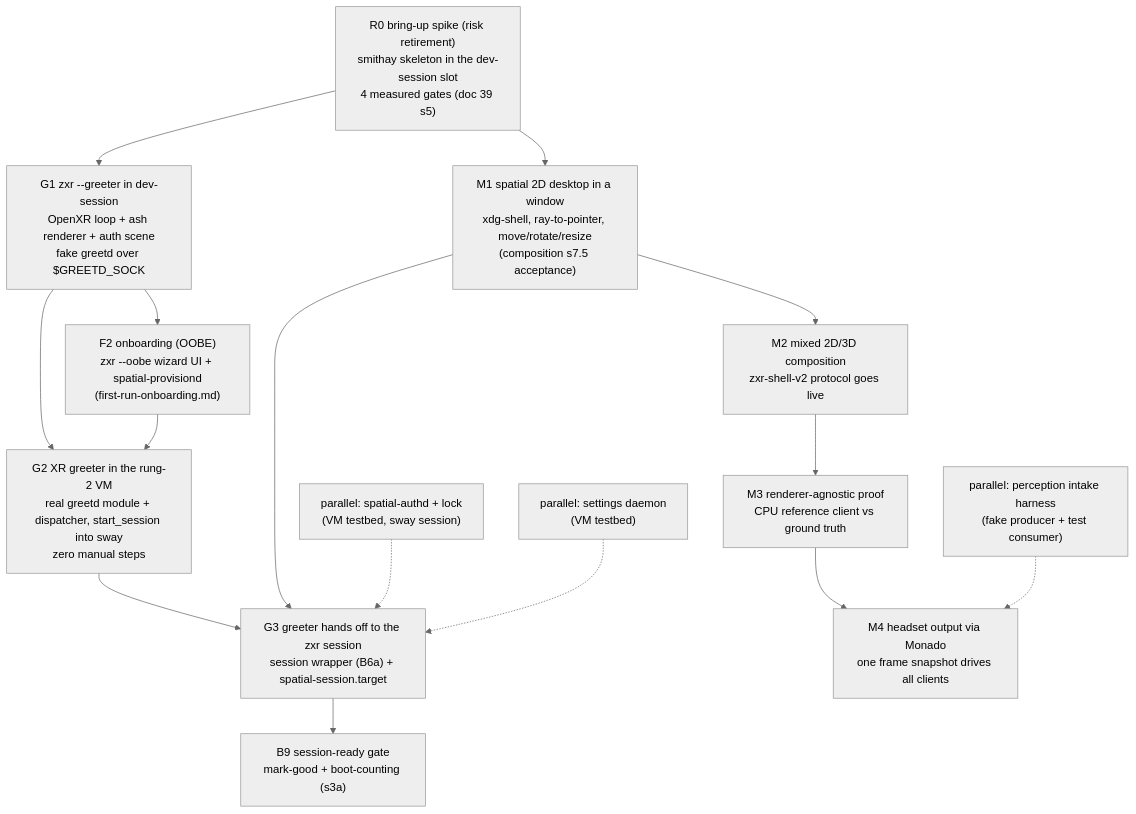
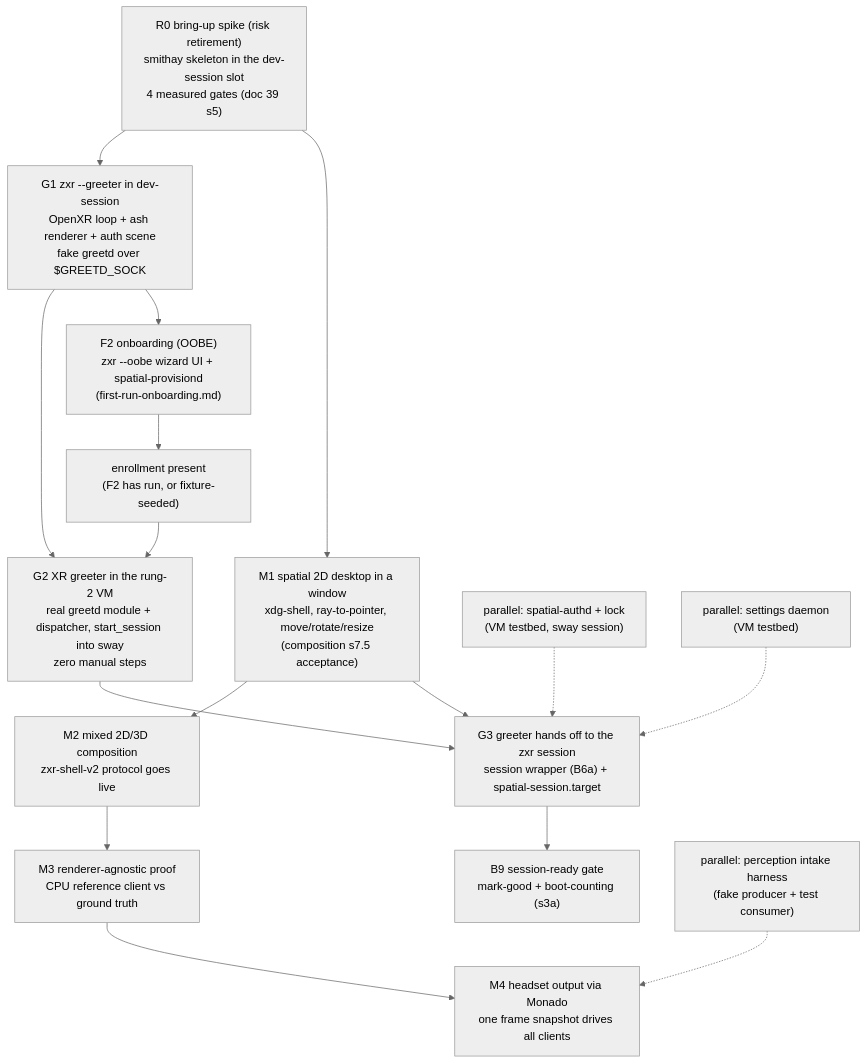
One commit to mura-os/mura changed the diagram in docs/architecture/implementation-path.md. Above: the diagram before and after it, drawn with Mermaid (neutral theme). The commit also changed other lines of this file and 3 other files, not shown here.

````diff
--- a/docs/architecture/implementation-path.md
+++ b/docs/architecture/implementation-path.md
@@ -81,17 +81,18 @@
 ```mermaid
 flowchart TD
     R0["R0 bring-up spike (risk retirement)\nsmithay skeleton in the dev-session slot\n4 measured gates (doc 39 s5)"] --> G1["G1 zxr --greeter in dev-session\nOpenXR loop + ash renderer + auth scene\nfake greetd over $GREETD_SOCK"]
     R0 --> M1["M1 spatial 2D desktop in a window\nxdg-shell, ray-to-pointer, move/rotate/resize\n(composition s7.5 acceptance)"]
     G1 --> G2["G2 XR greeter in the rung-2 VM\nreal greetd module + dispatcher, start_session into sway\nzero manual steps"]
     G1 --> F2["F2 onboarding (OOBE)\nzxr --oobe wizard UI + spatial-provisiond\n(first-run-onboarding.md)"]
-    F2 --> G2
+    F2 --> ENR["enrollment present\n(F2 has run, or fixture-seeded)"]
+    ENR --> G2
     M1 --> M2["M2 mixed 2D/3D composition\nzxr-shell-v2 protocol goes live"]
     G2 --> G3["G3 greeter hands off to the zxr session\nsession wrapper (B6a) + spatial-session.target"]
     M1 --> G3
     G3 --> B9["B9 session-ready gate\nmark-good + boot-counting (s3a)"]
     M2 --> M3["M3 renderer-agnostic proof\nCPU reference client vs ground truth"]
     M3 --> M4["M4 headset output via Monado\none frame snapshot drives all clients"]
     AUTHD["parallel: spatial-authd + lock\n(VM testbed, sway session)"] -.-> G3
     SETTINGS["parallel: settings daemon\n(VM testbed)"] -.-> G3
     PERC["parallel: perception intake harness\n(fake producer + test consumer)"] -.-> M4
 ```
````
